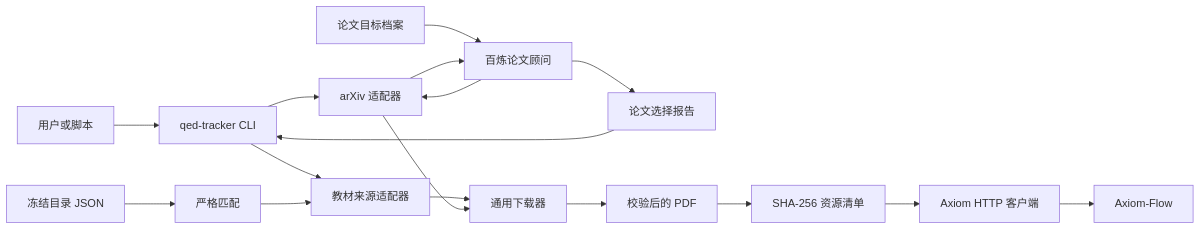
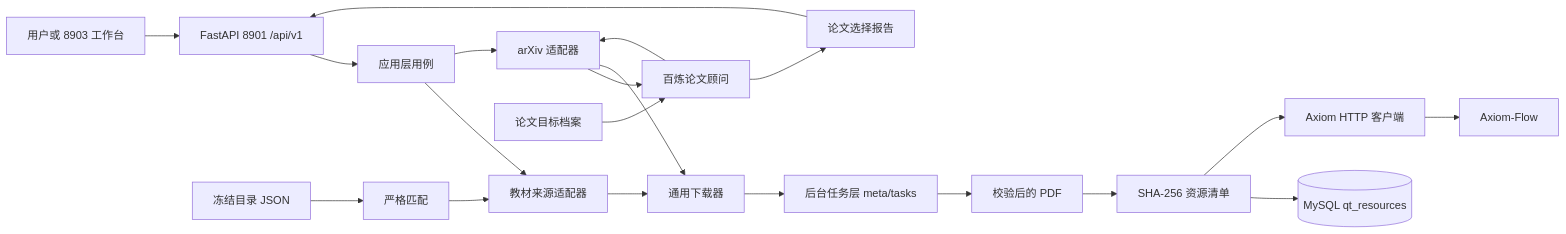
Before and after one commit to swfswf1234/QED-Tracker: the diagram in docs/architecture/system-overview.md, drawn with Mermaid. The commit also changed other lines of this file and 7 other files, not shown here.

````diff
--- a/docs/architecture/system-overview.md
+++ b/docs/architecture/system-overview.md
@@ -15,19 +21,22 @@
 ```mermaid
 flowchart LR
-    USER[用户或脚本] --> CLI[qed-tracker CLI]
-    CLI --> BOOKS[教材来源适配器]
-    CLI --> ARXIV[arXiv 适配器]
+    USER[用户或 8903 工作台] --> API[FastAPI 8901 /api/v1]
+    API --> APP[应用层用例]
+    APP --> BOOKS[教材来源适配器]
+    APP --> ARXIV[arXiv 适配器]
     PROFILE[论文目标档案] --> ADVISOR[百炼论文顾问]
     ADVISOR --> ARXIV
     ARXIV --> ADVISOR
     ADVISOR --> SELECTION[论文选择报告]
-    SELECTION --> CLI
+    SELECTION --> API
     CATALOG[冻结目录 JSON] --> MATCH[严格匹配]
     MATCH --> BOOKS
     BOOKS --> DOWNLOAD[通用下载器]
     ARXIV --> DOWNLOAD
-    DOWNLOAD --> PDF[校验后的 PDF]
+    DOWNLOAD --> TASKS[后台任务层 meta/tasks]
+    TASKS --> PDF[校验后的 PDF]
     PDF --> INVENTORY[SHA-256 资源清单]
+    INVENTORY --> DB[(MySQL qt_resources)]
     INVENTORY --> AXIOM[Axiom HTTP 客户端]
     AXIOM --> FLOW[Axiom-Flow]
 ```
````
